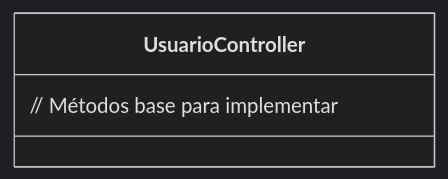
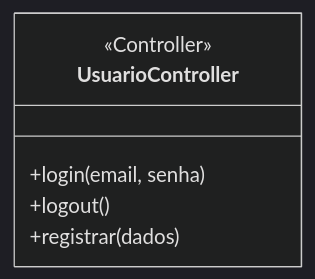
One commit to ronaldo227/serralheria-api changed the diagram in docs/class-diagram-usuario.md. Above: the diagram before and after it, drawn with Mermaid (dark theme). The commit also changed 6 other files, not shown here.

Commit message:
docs: valida sintaxe Mermaid e corrige potenciais erros de anotação nos diagramas

````diff
--- a/docs/class-diagram-usuario.md
+++ b/docs/class-diagram-usuario.md
@@ -3,6 +3,9 @@
 ```mermaid
 classDiagram
     class UsuarioController {
-        // Métodos base para implementar
+        <<Controller>>
+        +login(email, senha)
+        +logout()
+        +registrar(dados)
     }
 ```
````
